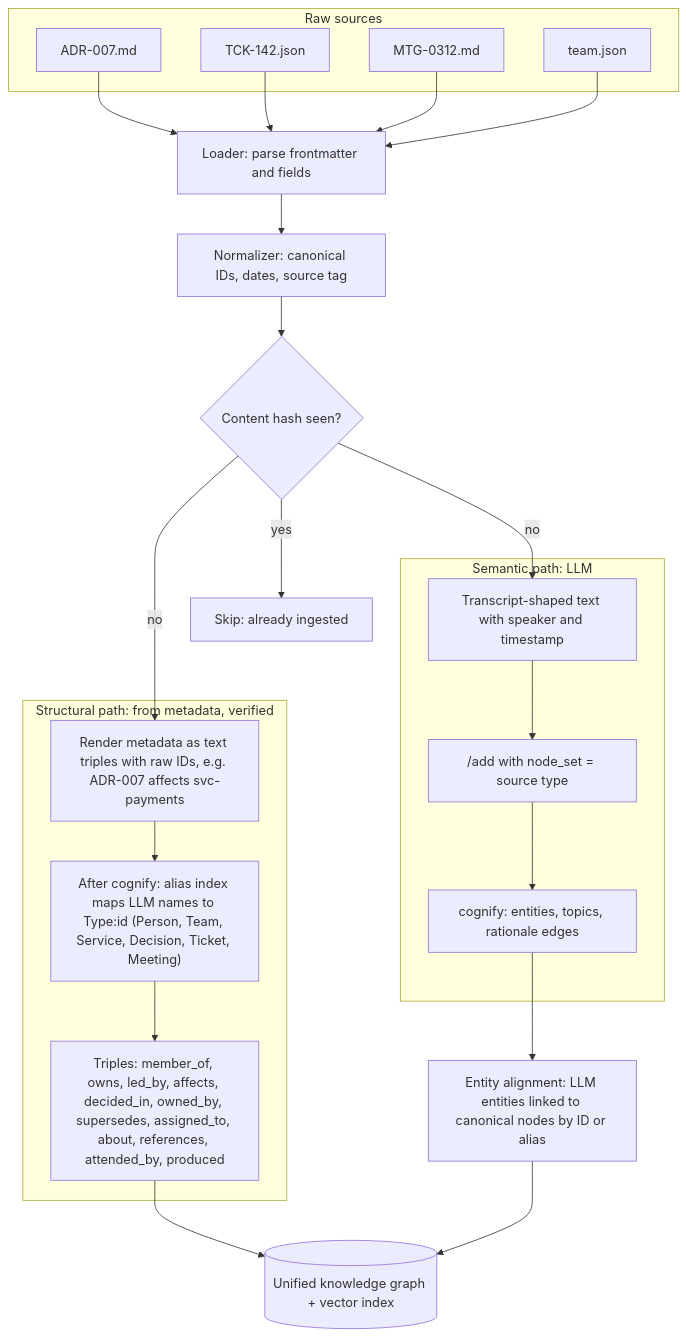
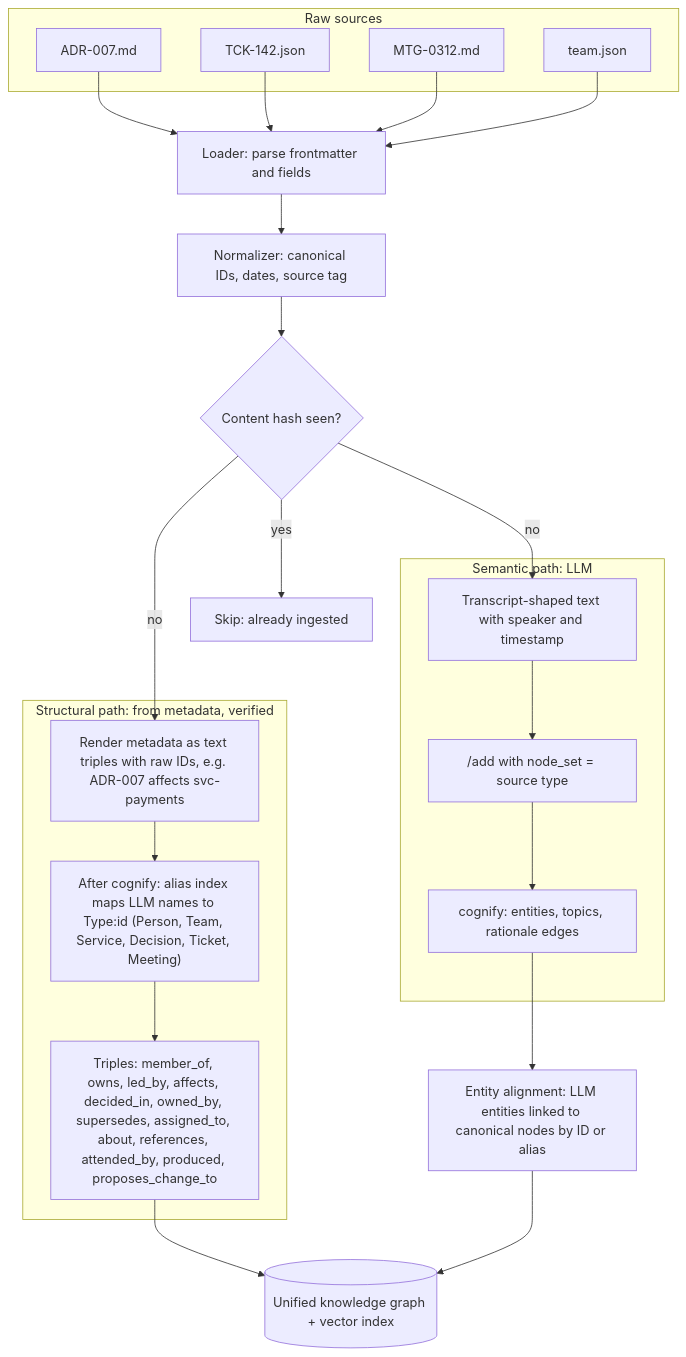
Before and after one commit to icyzh/cognee_brain: the second of 6 diagrams in docs/architecture.md, drawn with Mermaid. The commit also changed other lines of this file and 28 other files, not shown here.

````diff
--- a/docs/architecture.md
+++ b/docs/architecture.md
@@ -119,46 +119,46 @@
 ```mermaid
 flowchart TB
     subgraph IN["Raw sources"]
         R1["ADR-007.md"]
         R2["TCK-142.json"]
         R3["MTG-0312.md"]
         R4["team.json"]
     end
 
     L["Loader: parse frontmatter and fields"]
     N["Normalizer: canonical IDs, dates, source tag"]
     H{"Content hash seen?"}
     SKIP["Skip: already ingested"]
 
     subgraph STRUCT["Structural path: from metadata, verified"]
         M1["Render metadata as text triples with raw IDs, e.g. ADR-007 affects svc-payments"]
         M2["After cognify: alias index maps LLM names to Type:id (Person, Team, Service, Decision, Ticket, Meeting)"]
-        M3["Triples: member_of, owns, led_by, affects, decided_in, owned_by, supersedes, assigned_to, about, references, attended_by, produced"]
+        M3["Triples: member_of, owns, led_by, affects, decided_in, owned_by, supersedes, assigned_to, about, references, attended_by, produced, proposes_change_to"]
     end
 
     subgraph SEM["Semantic path: LLM"]
         T1["Transcript-shaped text with speaker and timestamp"]
         T2["/add with node_set = source type"]
         T3["cognify: entities, topics, rationale edges"]
     end
 
     ER["Entity alignment: LLM entities linked to canonical nodes by ID or alias"]
     OUT[("Unified knowledge graph + vector index")]
 
     R1 --> L
     R2 --> L
     R3 --> L
     R4 --> L
     L --> N
     N --> H
     H -- yes --> SKIP
     H -- no --> M1
     H -- no --> T1
     M1 --> M2
     M2 --> M3
     M3 --> OUT
     T1 --> T2
     T2 --> T3
     T3 --> ER
     ER --> OUT
 ```
````
